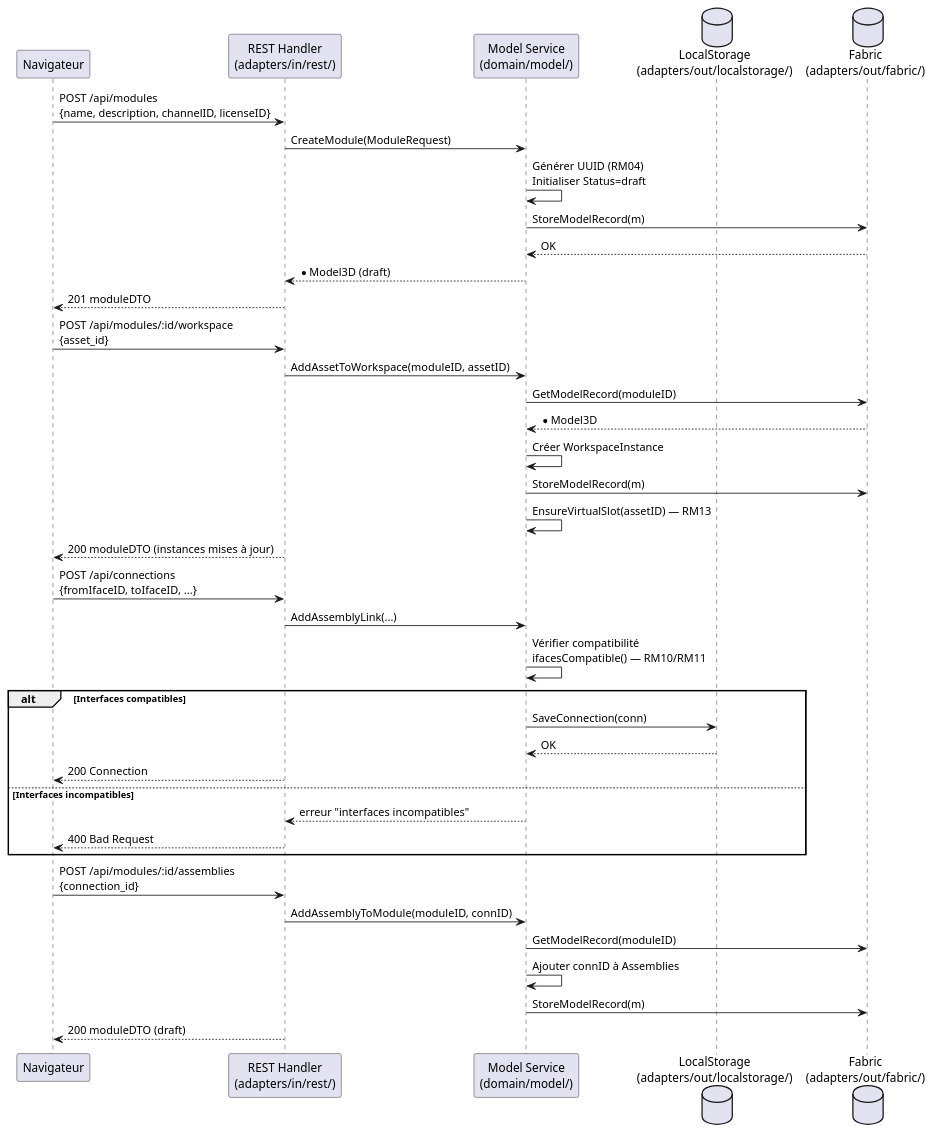
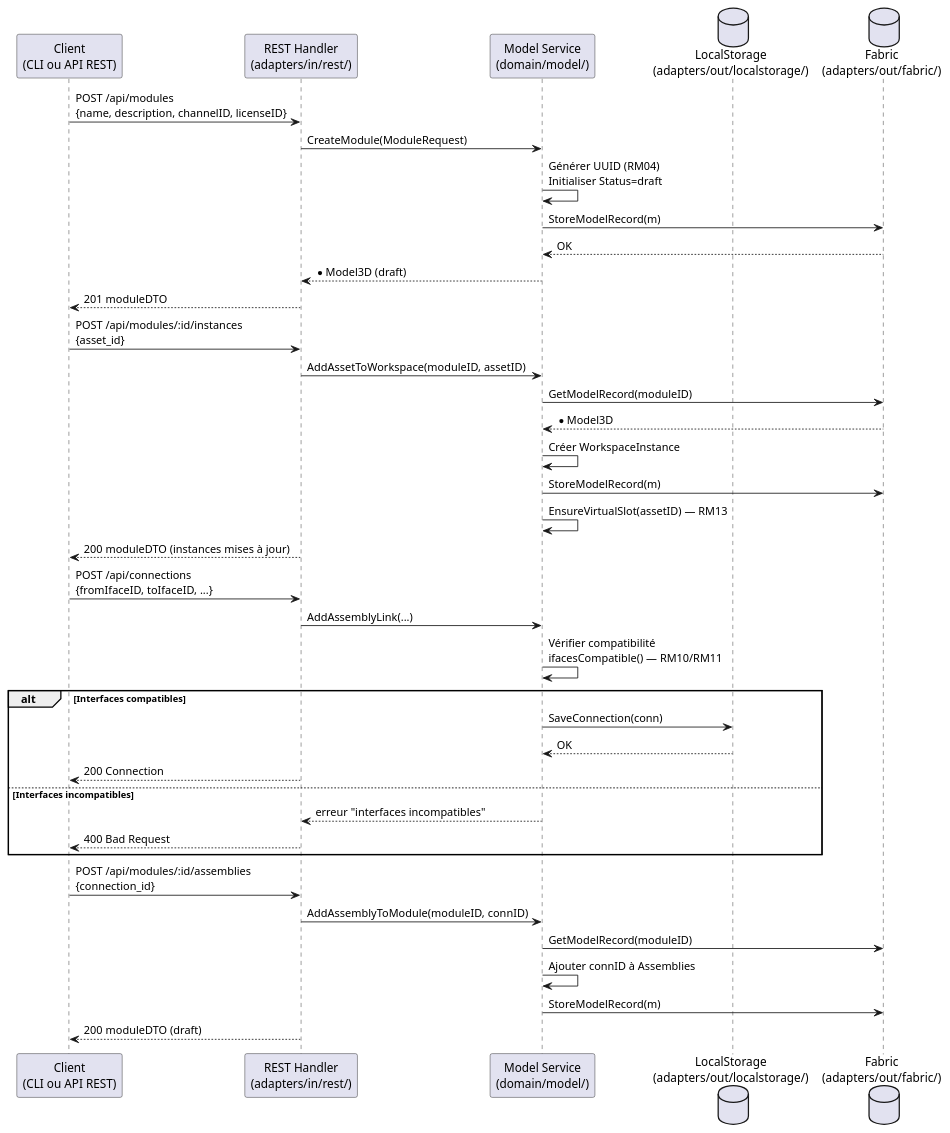
Before and after one commit to olivaux/myr: the second of 2 diagrams in specs/2-Analyse/UCMOD-Module/UCMOD01.md, drawn with PlantUML. The commit also changed other lines of this file and 72 other files, not shown here.

````diff
--- a/specs/2-Analyse/UCMOD-Module/UCMOD01.md
+++ b/specs/2-Analyse/UCMOD-Module/UCMOD01.md
@@ -91,46 +88,46 @@
 ```plantuml
 @startuml
-participant "Navigateur" as Browser
+participant "Client\n(CLI ou API REST)" as Client
 participant "REST Handler\n(adapters/in/rest/)" as REST
 participant "Model Service\n(domain/model/)" as Service
 database "LocalStorage\n(adapters/out/localstorage/)" as Local
 database "Fabric\n(adapters/out/fabric/)" as Fabric
 
-Browser -> REST : POST /api/modules\n{name, description, channelID, licenseID}
+Client -> REST : POST /api/modules\n{name, description, channelID, licenseID}
 REST -> Service : CreateModule(ModuleRequest)
 Service -> Service : Générer UUID (RM04)\nInitialiser Status=draft
 Service -> Fabric : StoreModelRecord(m)
 Fabric --> Service : OK
 Service --> REST : *Model3D (draft)
-REST --> Browser : 201 moduleDTO
+REST --> Client : 201 moduleDTO
 
-Browser -> REST : POST /api/modules/:id/workspace\n{asset_id}
+Client -> REST : POST /api/modules/:id/instances\n{asset_id}
 REST -> Service : AddAssetToWorkspace(moduleID, assetID)
 Service -> Fabric : GetModelRecord(moduleID)
 Fabric --> Service : *Model3D
 Service -> Service : Créer WorkspaceInstance
 Service -> Fabric : StoreModelRecord(m)
 Service -> Service : EnsureVirtualSlot(assetID) — RM13
-REST --> Browser : 200 moduleDTO (instances mises à jour)
+REST --> Client : 200 moduleDTO (instances mises à jour)
 
-Browser -> REST : POST /api/connections\n{fromIfaceID, toIfaceID, ...}
+Client -> REST : POST /api/connections\n{fromIfaceID, toIfaceID, ...}
 REST -> Service : AddAssemblyLink(...)
 Service -> Service : Vérifier compatibilité\nifacesCompatible() — RM10/RM11
 
 alt Interfaces compatibles
     Service -> Local : SaveConnection(conn)
     Local --> Service : OK
-    REST --> Browser : 200 Connection
+    REST --> Client : 200 Connection
 else Interfaces incompatibles
     Service --> REST : erreur "interfaces incompatibles"
-    REST --> Browser : 400 Bad Request
+    REST --> Client : 400 Bad Request
 end
 
-Browser -> REST : POST /api/modules/:id/assemblies\n{connection_id}
+Client -> REST : POST /api/modules/:id/assemblies\n{connection_id}
 REST -> Service : AddAssemblyToModule(moduleID, connID)
 Service -> Fabric : GetModelRecord(moduleID)
 Service -> Service : Ajouter connID à Assemblies
 Service -> Fabric : StoreModelRecord(m)
-REST --> Browser : 200 moduleDTO (draft)
+REST --> Client : 200 moduleDTO (draft)
 @enduml
 ```
````
